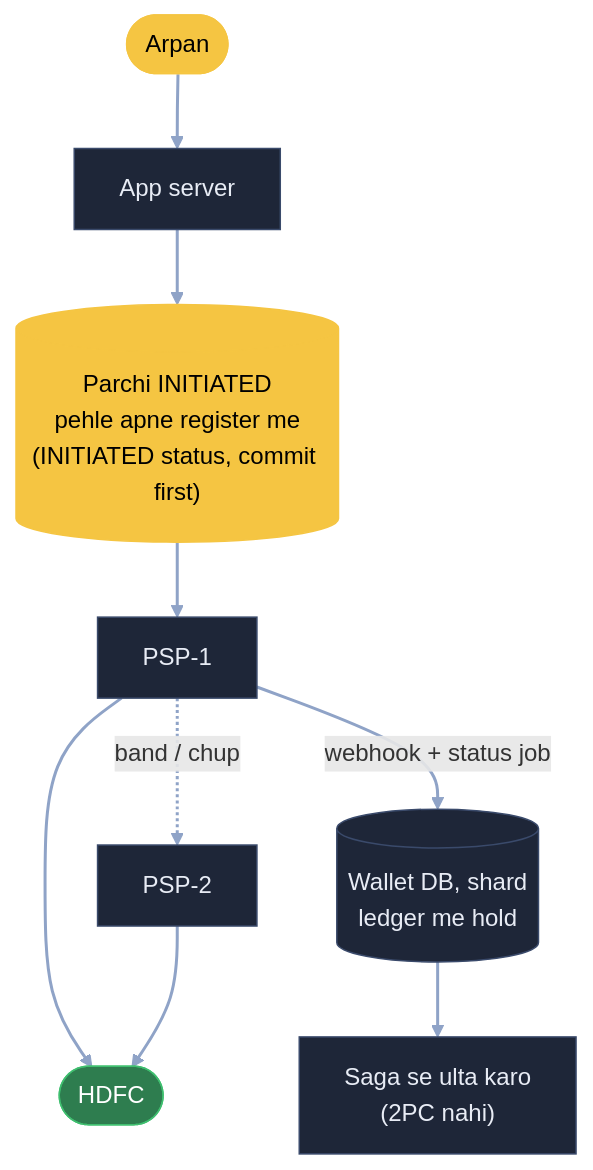
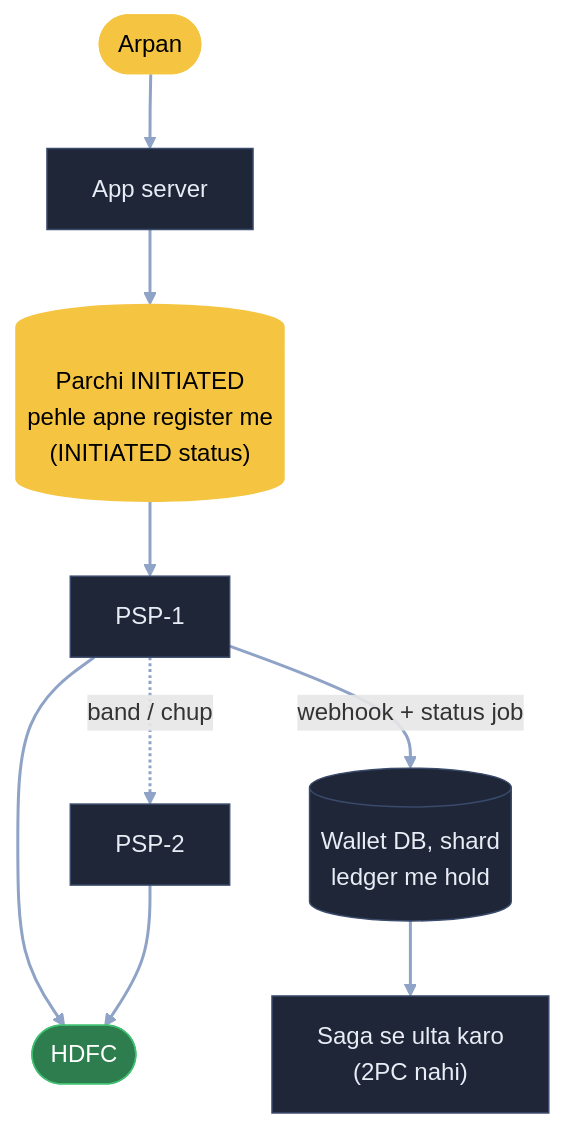
Diagram 12 of 12 in 04_HLD/SYSTEM_DESIGNS/06_payment_system/06_payment_system.md (ArpanMaheshwari144/Prep), drawn with Mermaid before and after one commit. The commit also changed other lines of this file and 20 other files, not shown here.

Commit message:
Diagram: sirf hand notes wale naam rahe (66 apne joda naam hataye); README 22-Nov tak update

````diff
--- a/04_HLD/SYSTEM_DESIGNS/06_payment_system/06_payment_system.md
+++ b/04_HLD/SYSTEM_DESIGNS/06_payment_system/06_payment_system.md
@@ -457,16 +457,16 @@
 ```mermaid
 flowchart TB
     A(["Arpan"]):::pill --> S["App server"]:::card
-    S --> I[("Parchi INITIATED<br/>pehle apne register me<br/>(INITIATED status, commit first)")]:::pill
+    S --> I[("Parchi INITIATED<br/>pehle apne register me<br/>(INITIATED status)")]:::pill
     I --> P1["PSP-1"]:::card
     P1 -. "band / chup" .-> P2["PSP-2"]:::card
     P1 --> B(["HDFC"]):::good
     P2 --> B
     P1 -- "webhook + status job" --> W[("Wallet DB, shard<br/>ledger me hold")]:::card
     W --> SG["Saga se ulta karo<br/>(2PC nahi)"]:::card
     linkStyle default stroke:#8fa3c7,stroke-width:2px
     classDef card fill:#1e2638,stroke:#3a4a6b,color:#e8ecf5
     classDef pill fill:#f5c542,stroke:#f5c542,color:#000
     classDef good fill:#2e7d4f,stroke:#3fbf6f,color:#fff
     classDef bad fill:#5c1f24,stroke:#e05561,color:#fff
 ```
````
